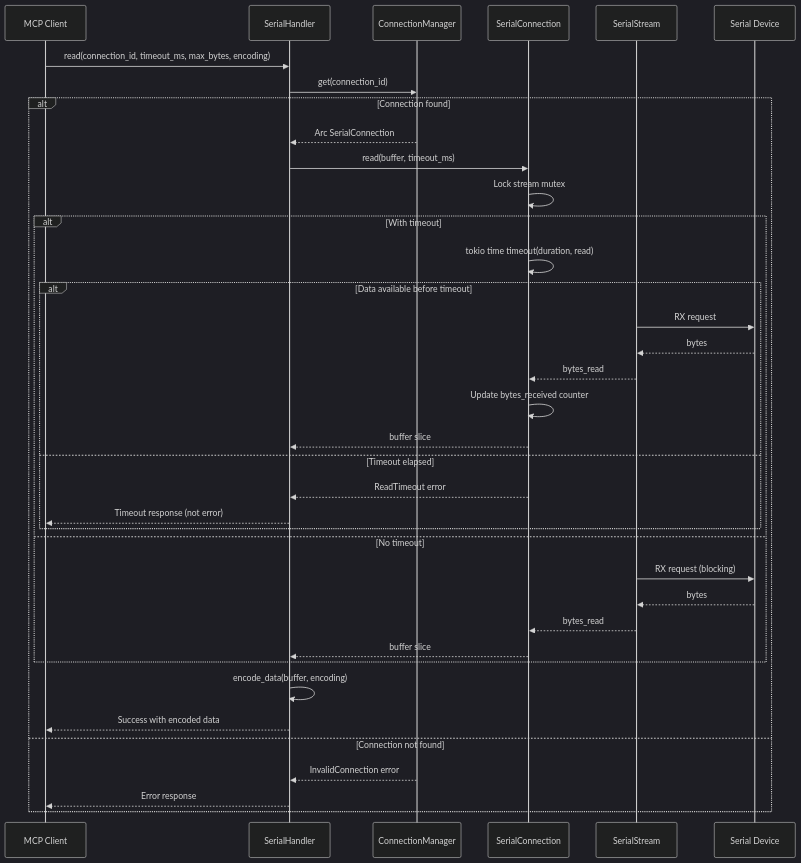
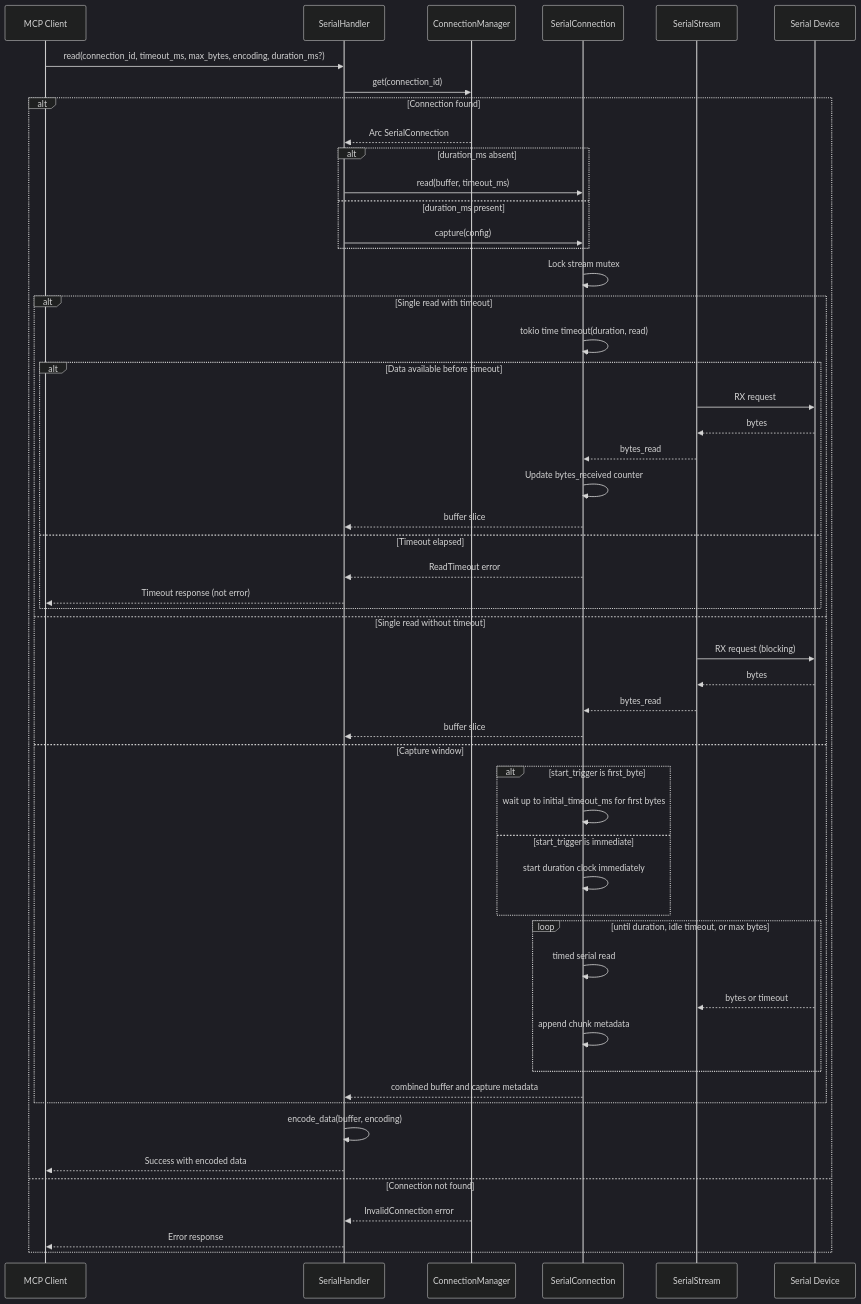
Before and after one commit to Adancurusul/serial-mcp-server: the ninth of 25 diagrams in SERIAL_MCP_SERVER_THEORY_OF_OPERATION.md, drawn with Mermaid (dark theme). The commit also changed other lines of this file and 17 other files, not shown here.

First line of the commit message:
Add bounded serial capture windows

````diff
--- a/SERIAL_MCP_SERVER_THEORY_OF_OPERATION.md
+++ b/SERIAL_MCP_SERVER_THEORY_OF_OPERATION.md
@@ -336,44 +336,60 @@
 ```mermaid
 sequenceDiagram
     participant Client as MCP Client
     participant Handler as SerialHandler
     participant CM as ConnectionManager
     participant SC as SerialConnection
     participant Stream as SerialStream
     participant Device as Serial Device
 
-    Client->>Handler: read(connection_id, timeout_ms, max_bytes, encoding)
+    Client->>Handler: read(connection_id, timeout_ms, max_bytes, encoding, duration_ms?)
     Handler->>CM: get(connection_id)
 
     alt Connection found
         CM-->>Handler: Arc SerialConnection
-        Handler->>SC: read(buffer, timeout_ms)
+        alt duration_ms absent
+            Handler->>SC: read(buffer, timeout_ms)
+        else duration_ms present
+            Handler->>SC: capture(config)
+        end
         SC->>SC: Lock stream mutex
 
-        alt With timeout
+        alt Single read with timeout
             SC->>SC: tokio time timeout(duration, read)
 
             alt Data available before timeout
                 Stream->>Device: RX request
                 Device-->>Stream: bytes
                 Stream-->>SC: bytes_read
                 SC->>SC: Update bytes_received counter
                 SC-->>Handler: buffer slice
             else Timeout elapsed
                 SC-->>Handler: ReadTimeout error
                 Handler-->>Client: Timeout response (not error)
             end
-        else No timeout
+        else Single read without timeout
             Stream->>Device: RX request (blocking)
             Device-->>Stream: bytes
             Stream-->>SC: bytes_read
             SC-->>Handler: buffer slice
+        else Capture window
+            alt start_trigger is first_byte
+                SC->>SC: wait up to initial_timeout_ms for first bytes
+            else start_trigger is immediate
+                SC->>SC: start duration clock immediately
+            end
+            loop until duration, idle timeout, or max bytes
+                SC->>SC: timed serial read
+                Device-->>Stream: bytes or timeout
+                SC->>SC: append chunk metadata
+            end
+            SC-->>Handler: combined buffer and capture metadata
         end
 
         Handler->>Handler: encode_data(buffer, encoding)
         Handler-->>Client: Success with encoded data
     else Connection not found
         CM-->>Handler: InvalidConnection error
         Handler-->>Client: Error response
     end
 ```
````
